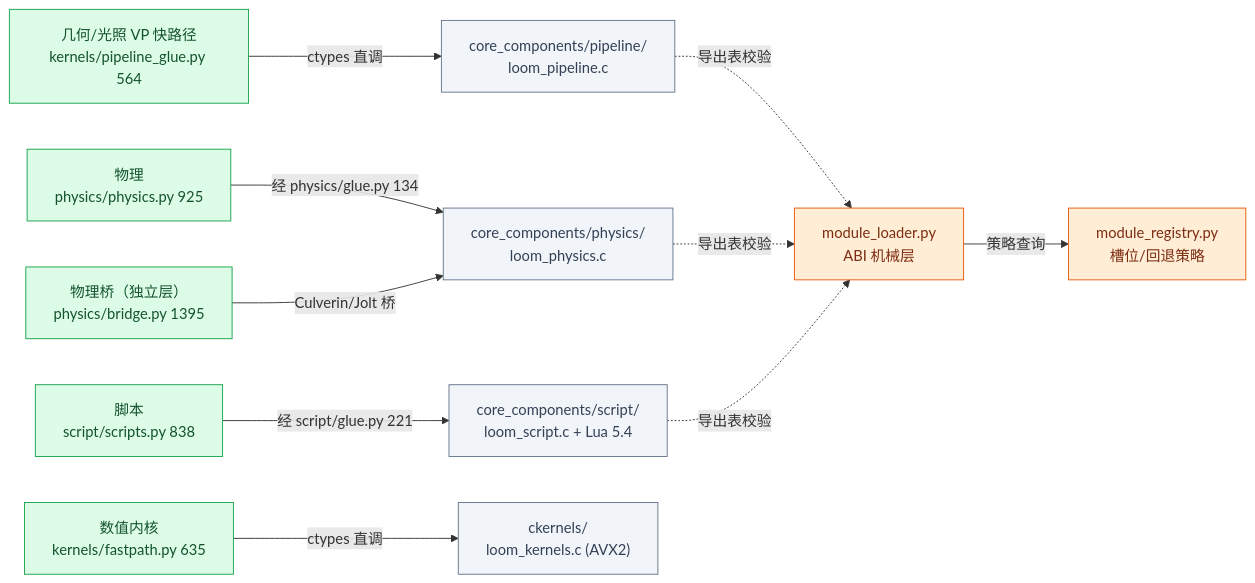
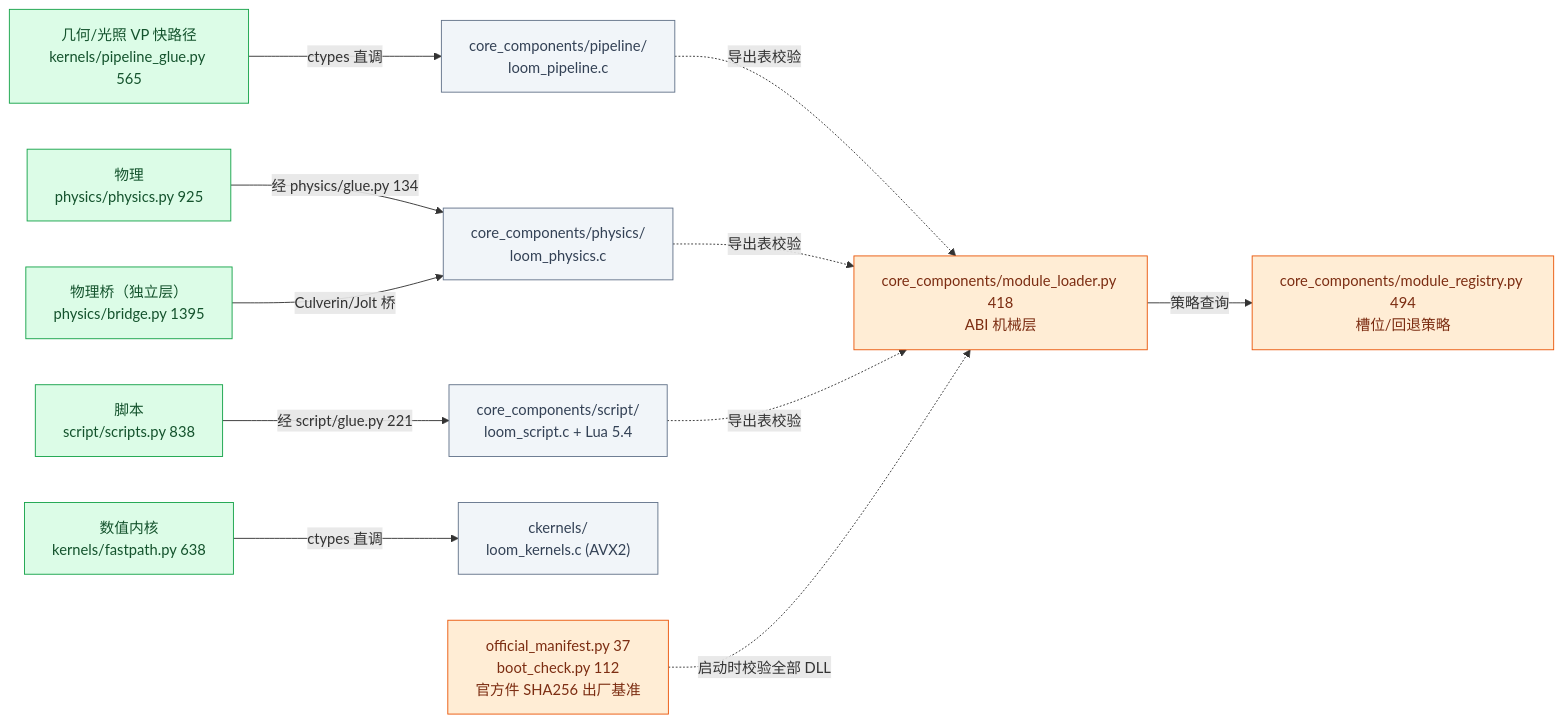
Before and after one commit to lhy302/WeaveEngine: the eighth of 23 diagrams in ARCHITECTURE.md, drawn with Mermaid. The commit also changed other lines of this file, not shown here.

First line of the commit message:
docs: 架构图 v4 —— 按 HEAD d156cee 真实状态统一重画 23 张 Mermaid 图

````diff
--- a/ARCHITECTURE.md
+++ b/ARCHITECTURE.md
@@ -336,26 +375,28 @@
 ```mermaid
 flowchart LR
-  PY1["几何/光照 VP 快路径<br/>kernels/pipeline_glue.py 564"]:::impl
+  PY1["几何/光照 VP 快路径<br/>kernels/pipeline_glue.py 565"]:::impl
   PY2["物理<br/>physics/physics.py 925"]:::impl
   PY3["物理桥（独立层）<br/>physics/bridge.py 1395"]:::impl
   PY4["脚本<br/>script/scripts.py 838"]:::impl
-  PY5["数值内核<br/>kernels/fastpath.py 635"]:::impl
+  PY5["数值内核<br/>kernels/fastpath.py 638"]:::impl
   C1["core_components/pipeline/<br/>loom_pipeline.c"]:::file
   C2["core_components/physics/<br/>loom_physics.c"]:::file
   C3["core_components/script/<br/>loom_script.c + Lua 5.4"]:::file
   C4["ckernels/<br/>loom_kernels.c (AVX2)"]:::file
-  L["module_loader.py<br/>ABI 机械层"]:::contract
-  R["module_registry.py<br/>槽位/回退策略"]:::contract
+  L["core_components/module_loader.py 418<br/>ABI 机械层"]:::contract
+  R["core_components/module_registry.py 494<br/>槽位/回退策略"]:::contract
+  H["official_manifest.py 37<br/>boot_check.py 112<br/>官方件 SHA256 出厂基准"]:::contract
   PY1 -->|ctypes 直调| C1
   PY2 -->|经 physics/glue.py 134| C2
   PY3 -->|Culverin/Jolt 桥| C2
   PY4 -->|经 script/glue.py 221| C3
   PY5 -->|ctypes 直调| C4
   C1 -.->|导出表校验| L
   C2 -.->|导出表校验| L
   C3 -.->|导出表校验| L
   L -->|策略查询| R
+  H -.->|启动时校验全部 DLL| L
   classDef impl fill:#dcfce7,stroke:#16a34a,color:#14532d
   classDef contract fill:#ffedd5,stroke:#ea580c,color:#7c2d12
   classDef file fill:#f1f5f9,stroke:#64748b,color:#334155
 ```
````
